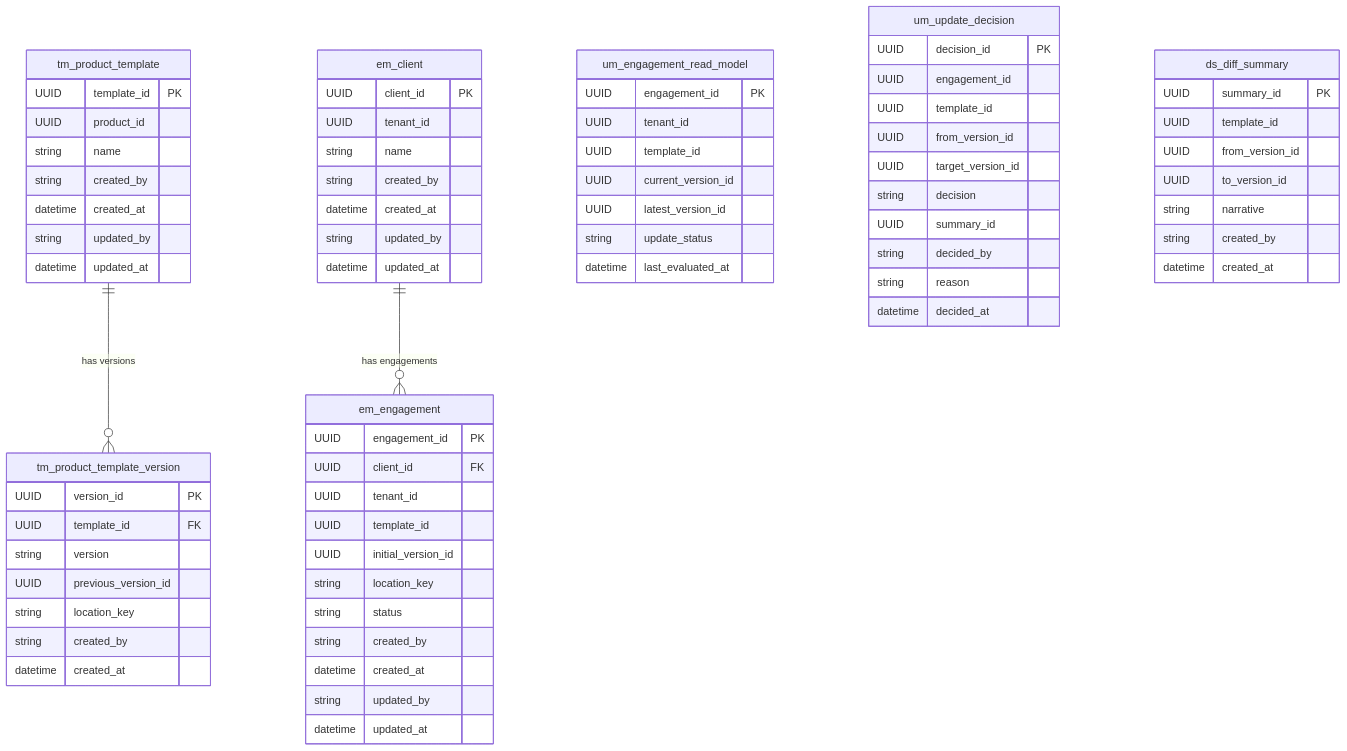
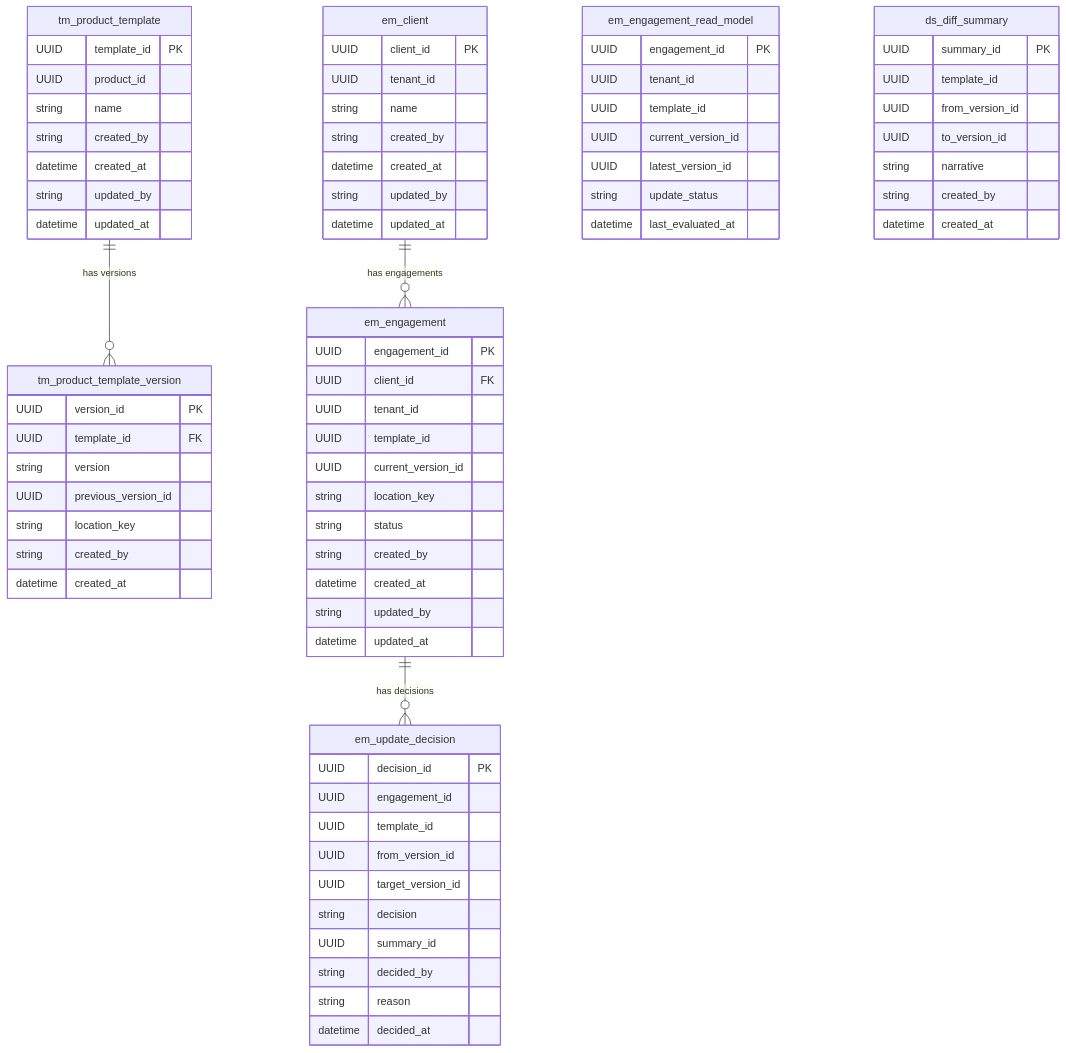
One commit to jose-foronda/caseware_test_2026_09 changed the diagram in architecture/erd.md. Above: the diagram before and after it, drawn with Mermaid. The commit also changed other lines of this file, not shown here.

Commit message:
refining erd

````diff
--- a/architecture/erd.md
+++ b/architecture/erd.md
@@ -67,7 +66,7 @@
         UUID     client_id          FK
         UUID     tenant_id
         UUID     template_id
-        UUID     initial_version_id
+        UUID     current_version_id
         string   location_key
         string   status
         string   created_by
@@ -76,9 +75,7 @@
         datetime updated_at
     }
 
-    %% ─── um (Update Management) ─────────────────────────────────────────
-
-    um_engagement_read_model {
+    em_engagement_read_model {
         UUID     engagement_id      PK
         UUID     tenant_id
         UUID     template_id
@@ -88,7 +85,7 @@
         datetime last_evaluated_at
     }
 
-    um_update_decision {
+    em_update_decision {
         UUID     decision_id       PK
         UUID     engagement_id
         UUID     template_id
@@ -118,5 +115,6 @@
     tm_product_template      ||--o{ tm_product_template_version : "has versions"
 
     em_client                ||--o{ em_engagement               : "has engagements"
+    em_engagement            ||--o{ em_update_decision           : "has decisions"
 
 ```
````
